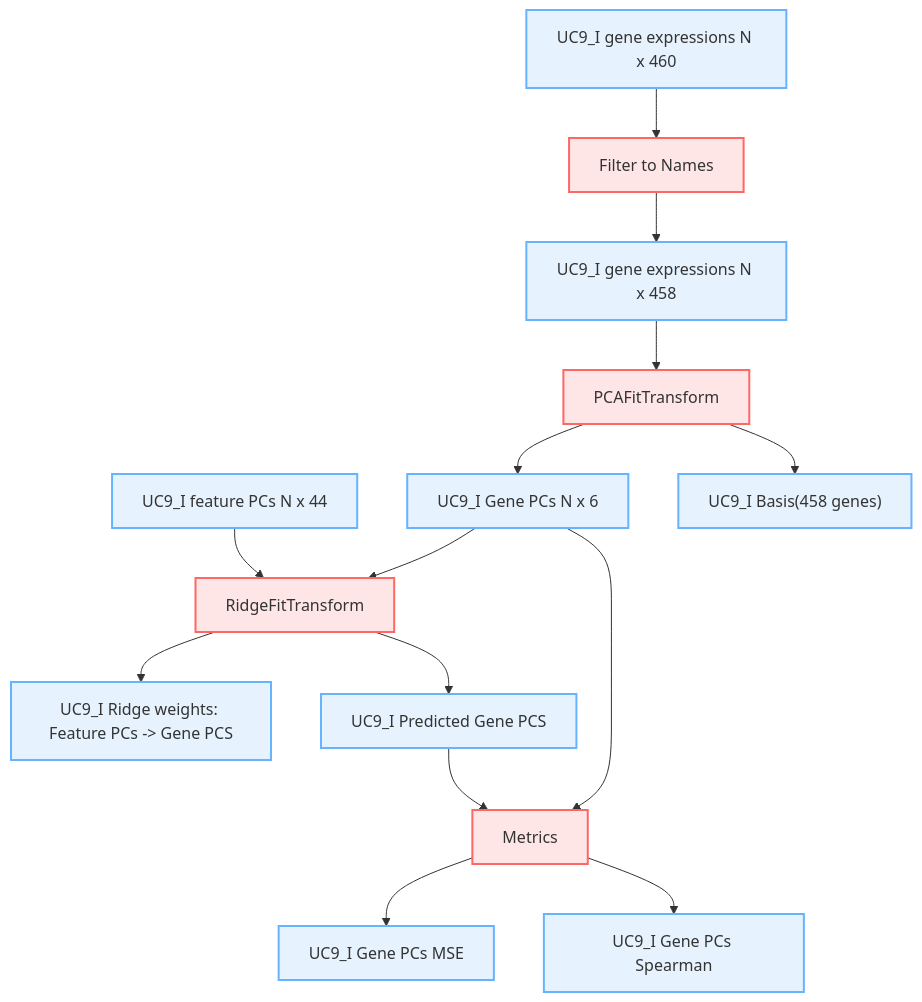
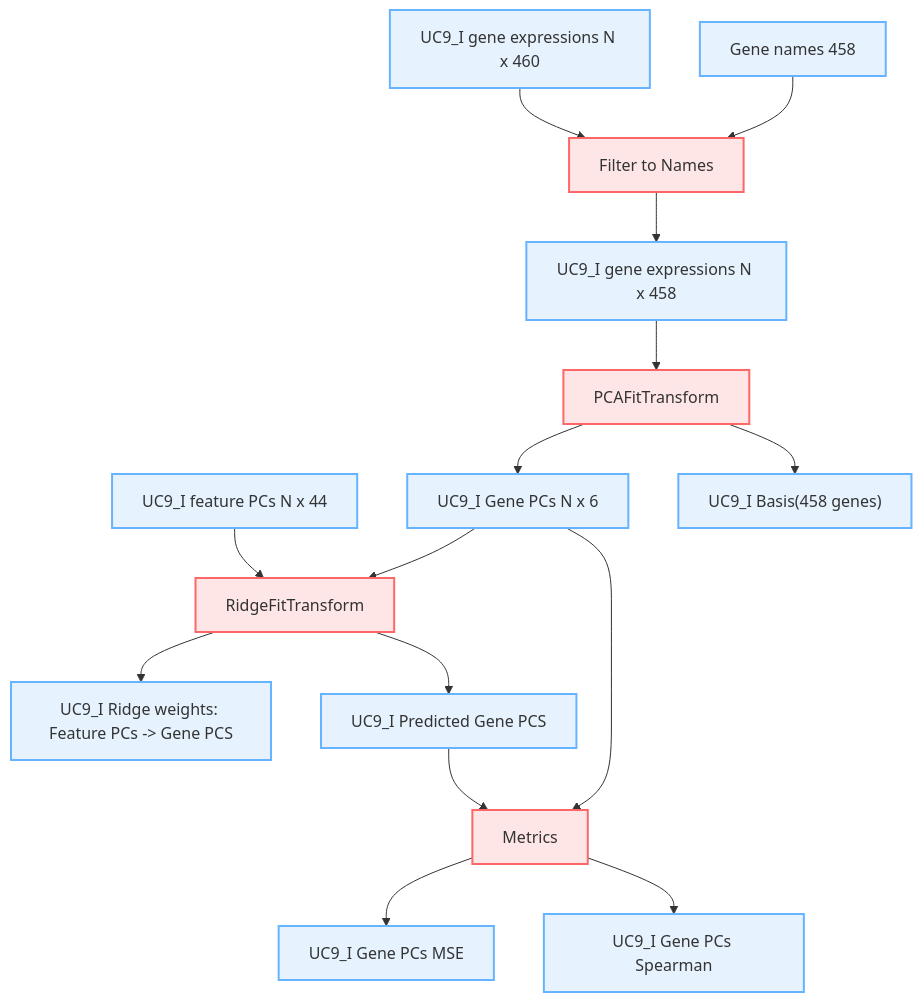
Before and after one commit to catskillsresearch/broad-3-catskills: the diagram in UC9_I_gene_pcs.mmd, drawn with Mermaid.

```diff
--- a/UC9_I_gene_pcs.mmd
+++ b/UC9_I_gene_pcs.mmd
@@ -1,20 +1,21 @@
 %%{init: {'themeVariables': {'nodeTextColor':'#000'}}}%%
 flowchart TD
     classDef data fill:#e6f3ff,stroke:#66b3ff,stroke-width:2px
     classDef op fill:#ffe6e6,stroke:#ff6666,stroke-width:2px,shape:round-rect
 
     data4["UC9_I feature PCs N x 44"]:::data
-
-    data6["UC9_I gene expressions N x 460"]:::data --> op4["Filter to Names"]:::op
+    data17["Gene names 458"]:::data
+    data6["UC9_I gene expressions N x 460"]:::data
+    data6 & data17--> op4["Filter to Names"]:::op
     op4 --> data7["UC9_I gene expressions N x 458"]:::data
     data7 --> op5["PCAFitTransform"]:::op
     op5 --> data8["UC9_I Gene PCs N x 6"]:::data
     op5 --> data9["UC9_I Basis(458 genes)"]:::data
 
     data4 & data8 --> op6["RidgeFitTransform"]:::op
     op6 --> data10["UC9_I Ridge weights: Feature PCs -> Gene PCS"]:::data
     op6 --> data11["UC9_I Predicted Gene PCS"]:::data
     data11 --> op8["Metrics"]:::op
     op8 --> data12["UC9_I Gene PCs MSE"]:::data
     op8 --> data13["UC9_I Gene PCs Spearman"]:::data
     data8 --> op8
```
